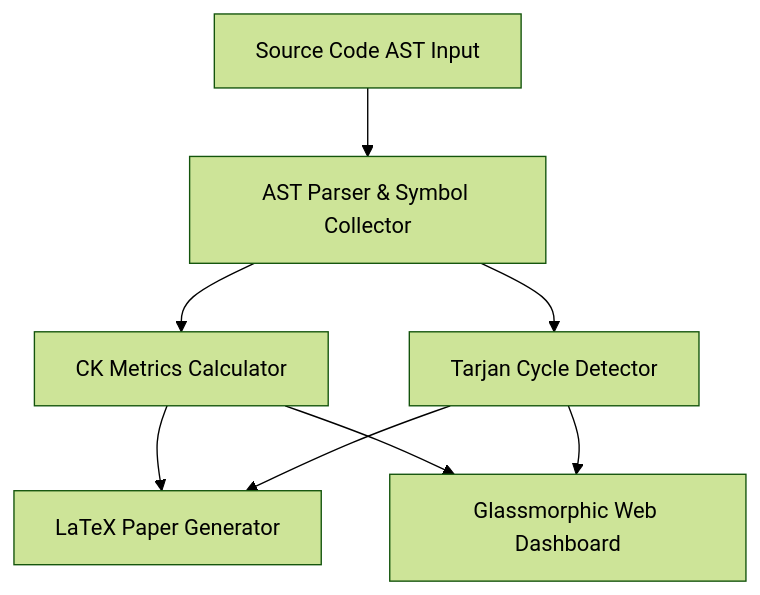
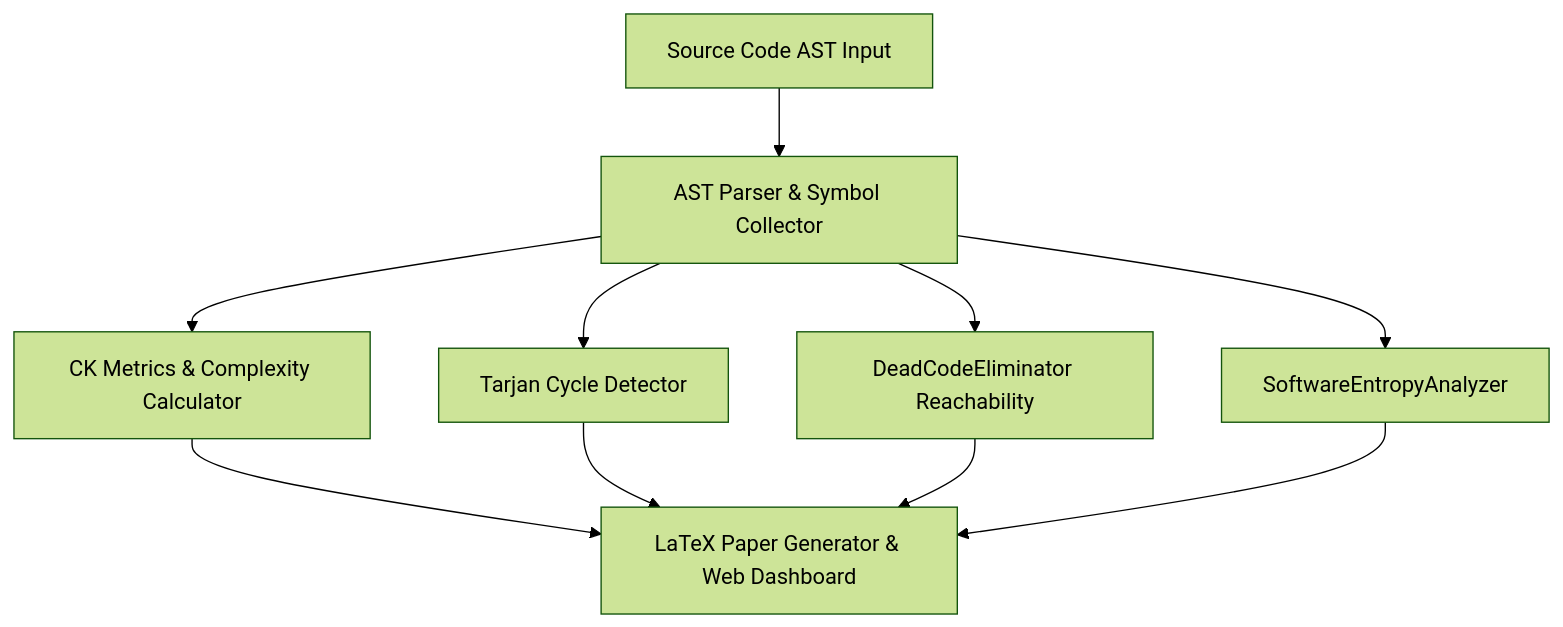
The diagram in README.md (anderdebona/arch-analyzer-ast-engine), drawn with Mermaid (forest theme) before and after one commit. The commit also changed other lines of this file and 9 other files, not shown here.

Commit message:
feat(v4.0.0): add DeadCodeEliminator, SoftwareEntropyAnalyzer, CI/CD, and Roadmap

````diff
--- a/README.md
+++ b/README.md
@@ -19,10 +40,12 @@
 ```mermaid
 graph TD
     A[Source Code AST Input] --> B[AST Parser & Symbol Collector]
-    B --> C[CK Metrics Calculator]
+    B --> C[CK Metrics & Complexity Calculator]
     B --> D[Tarjan Cycle Detector]
-    C --> E[LaTeX Paper Generator]
-    D --> E
-    C --> F[Glassmorphic Web Dashboard]
-    D --> F
+    B --> E[DeadCodeEliminator Reachability]
+    B --> F[SoftwareEntropyAnalyzer]
+    C --> G[LaTeX Paper Generator & Web Dashboard]
+    D --> G
+    E --> G
+    F --> G
 ```
````
